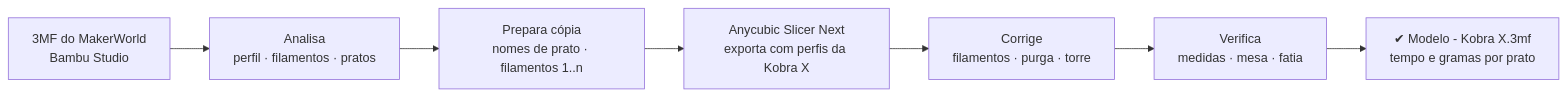
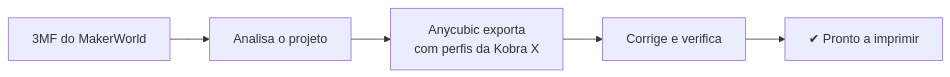
One commit to GodFaizT/makerworld-to-any changed the diagram in README.md. Above: the diagram before and after it, drawn with Mermaid. The commit also changed other lines of this file, not shown here.

Commit message:
README: cabecalho da tabela e diagrama mais simples

````diff
--- a/README.md
+++ b/README.md
@@ -47,9 +47,7 @@
 ```mermaid
 flowchart LR
-    A[3MF do MakerWorld<br/>Bambu Studio] --> B[Analisa<br/>perfil · filamentos · pratos]
-    B --> C[Prepara cópia<br/>nomes de prato · filamentos 1..n]
-    C --> D[Anycubic Slicer Next<br/>exporta com perfis da Kobra X]
-    D --> E[Corrige<br/>filamentos · purga · torre]
-    E --> F[Verifica<br/>medidas · mesa · fatia]
-    F --> G[✔ Modelo - Kobra X.3mf<br/>tempo e gramas por prato]
+    A["3MF do MakerWorld"] --> B["Analisa o projeto"]
+    B --> C["Anycubic exporta<br/>com perfis da Kobra X"]
+    C --> D["Corrige e verifica"]
+    D --> E["✔ Pronto a imprimir"]
 ```
````
